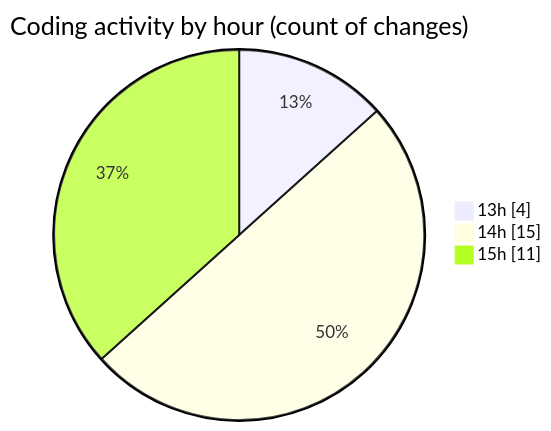
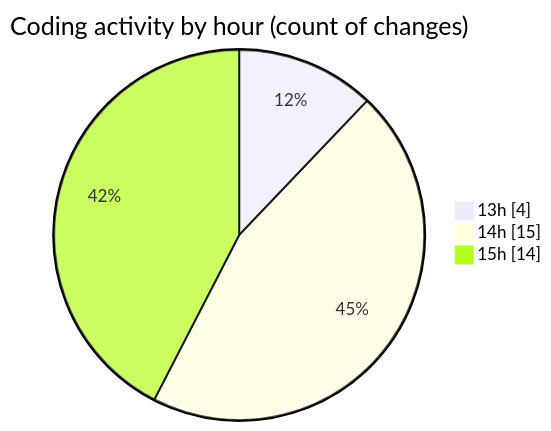
One commit to Ritupan-Deka/code-tracking changed the second of 2 diagrams in 2025-01-21/projects/README.md. Above: the diagram before and after it, drawn with Mermaid. The commit also changed other lines of this file and 1 other file, not shown here.

````diff
--- a/2025-01-21/projects/README.md
+++ b/2025-01-21/projects/README.md
@@ -33,7 +37,7 @@
 ```mermaid
 pie showData
 title Coding activity by hour (count of changes)
 "13h" : 4
 "14h" : 15
-"15h" : 11
+"15h" : 14
 ```
````
